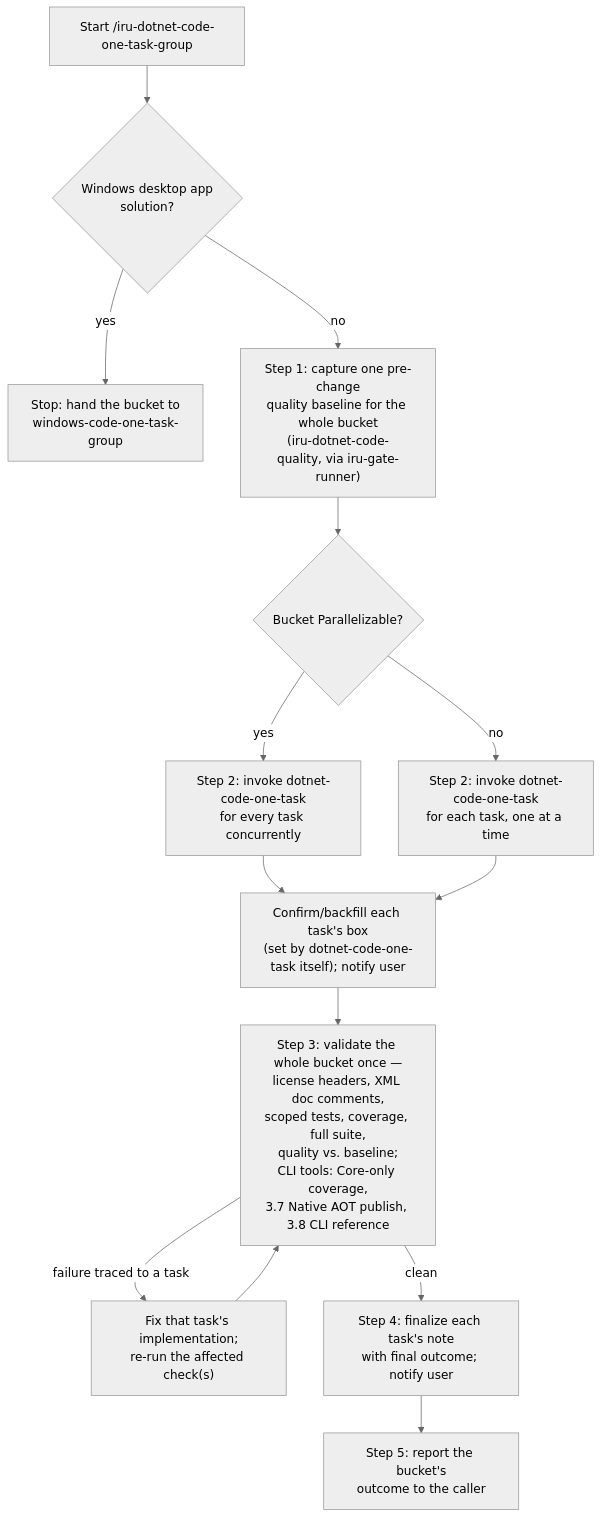
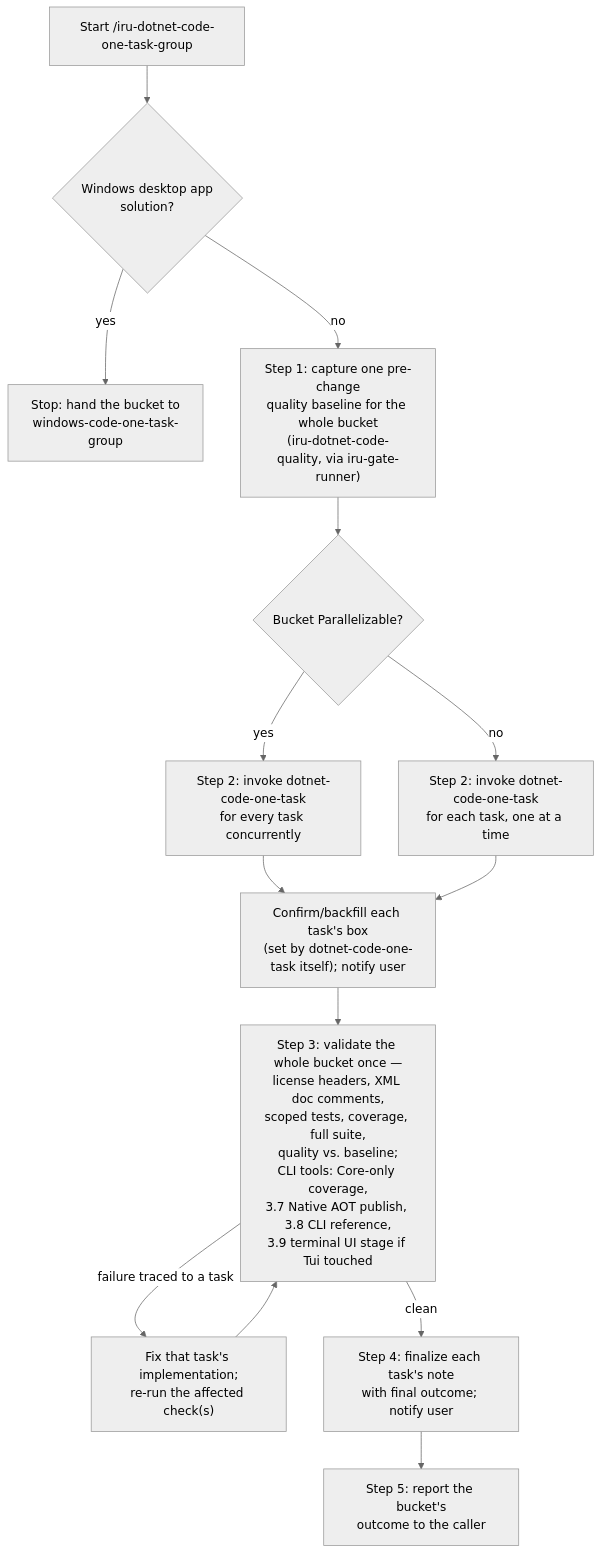
Before and after one commit to albertoirurueta/ai-catalog: the diagram in docs/modules/ROOT/pages/skills/iru-dotnet-code-one-task-group.adoc, drawn with Mermaid (neutral theme). The commit also changed other lines of this file and 325 other files, not shown here.

```diff
--- a/docs/modules/ROOT/pages/skills/iru-dotnet-code-one-task-group.adoc
+++ b/docs/modules/ROOT/pages/skills/iru-dotnet-code-one-task-group.adoc
@@ -91,17 +99,17 @@
 [mermaid]
 ....
 flowchart TD
     A[Start /iru-dotnet-code-one-task-group] --> W{"Windows desktop app\nsolution?"}
     W -- yes --> W2["Stop: hand the bucket to\nwindows-code-one-task-group"]
     W -- no --> B["Step 1: capture one pre-change\nquality baseline for the whole bucket\n(iru-dotnet-code-quality, via iru-gate-runner)"]
     B --> C{Bucket Parallelizable?}
     C -- yes --> D["Step 2: invoke dotnet-code-one-task\nfor every task concurrently"]
     C -- no --> E["Step 2: invoke dotnet-code-one-task\nfor each task, one at a time"]
     D --> F["Confirm/backfill each task's box\n(set by dotnet-code-one-task itself); notify user"]
     E --> F
-    F --> G["Step 3: validate the whole bucket once —\nlicense headers, XML doc comments,\nscoped tests, coverage, full suite,\nquality vs. baseline;\nCLI tools: Core-only coverage,\n3.7 Native AOT publish, 3.8 CLI reference"]
+    F --> G["Step 3: validate the whole bucket once —\nlicense headers, XML doc comments,\nscoped tests, coverage, full suite,\nquality vs. baseline;\nCLI tools: Core-only coverage,\n3.7 Native AOT publish, 3.8 CLI reference,\n3.9 terminal UI stage if Tui touched"]
     G -- failure traced to a task --> H["Fix that task's implementation;\nre-run the affected check(s)"]
     H --> G
     G -- clean --> I["Step 4: finalize each task's note\nwith final outcome; notify user"]
     I --> J["Step 5: report the bucket's\noutcome to the caller"]
 ....
```
